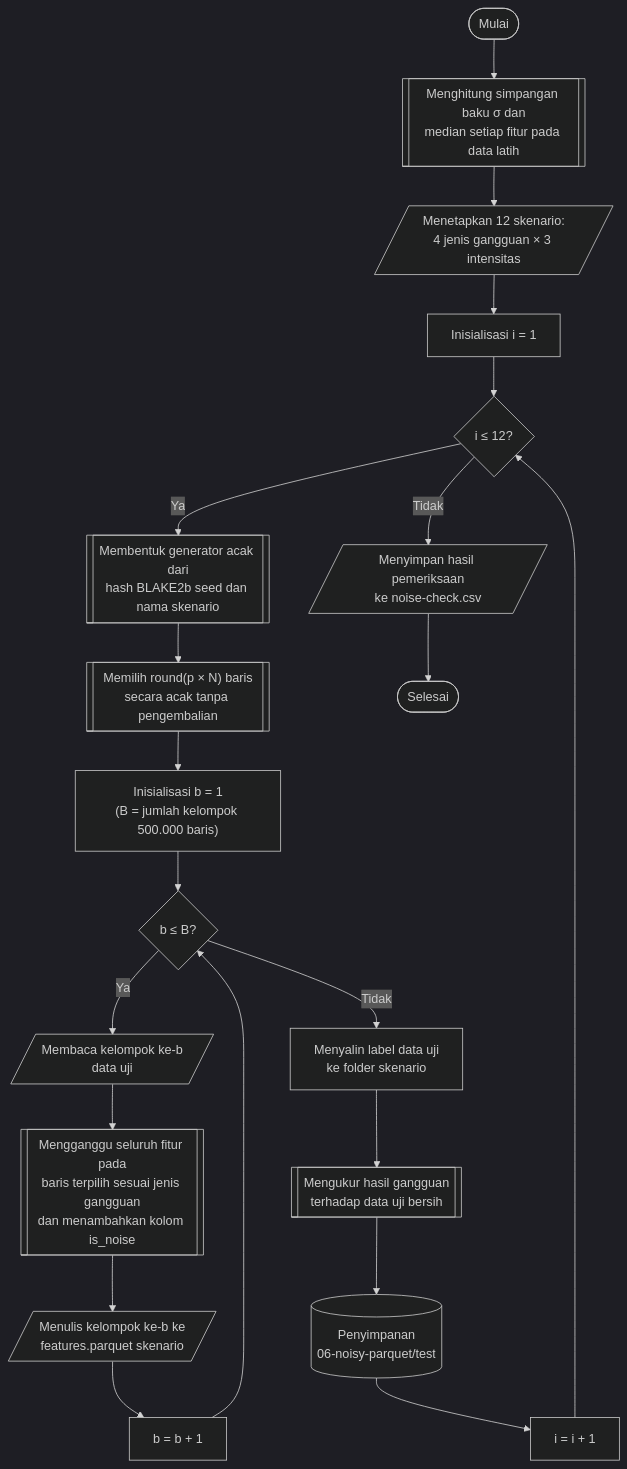
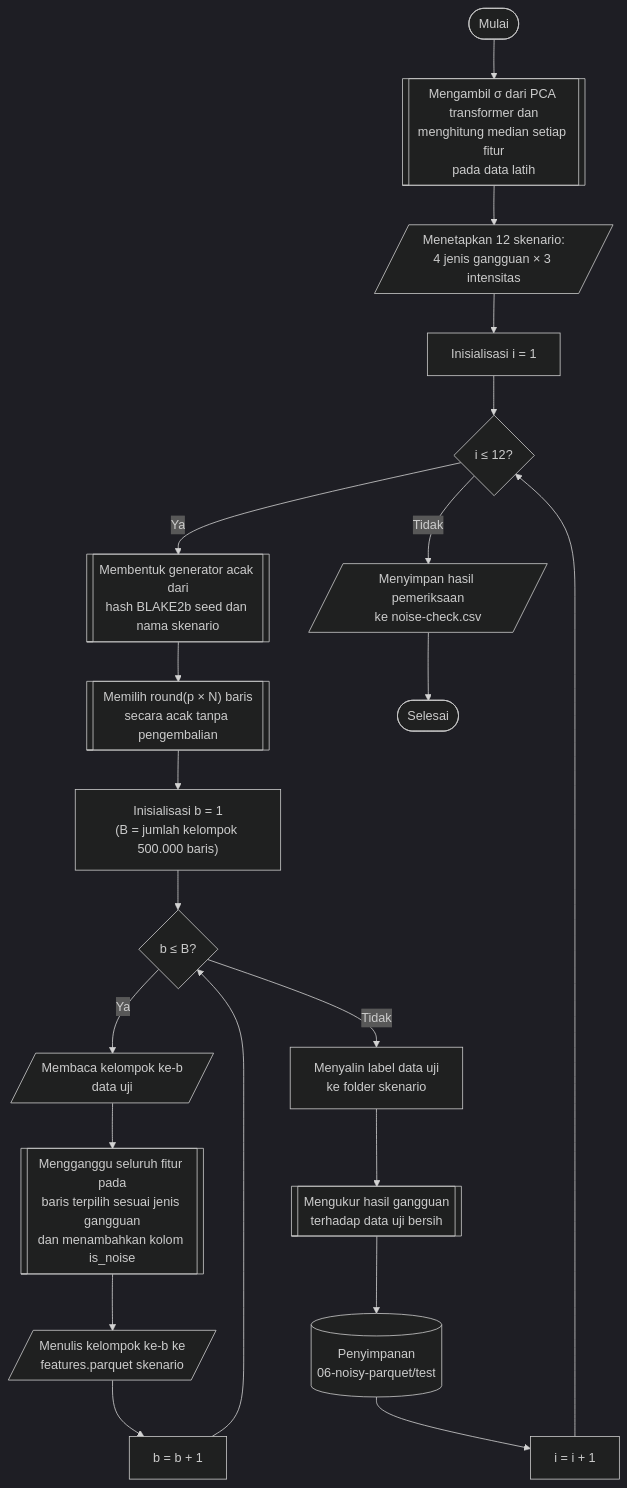
One commit to JoxNeis/mlids-robustness changed the diagram in thesis/04_bab_04/09_simulasi_injeksi_noise.md. Above: the diagram before and after it, drawn with Mermaid (dark theme). The commit also changed other lines of this file and 14 other files, not shown here.

````diff
--- a/thesis/04_bab_04/09_simulasi_injeksi_noise.md
+++ b/thesis/04_bab_04/09_simulasi_injeksi_noise.md
@@ -44,27 +44,27 @@
 ```mermaid
 flowchart TD
     mulai(["Mulai"])
-    mulai --> statistik[["Menghitung simpangan baku σ dan<br>median setiap fitur pada data latih"]]
+    mulai --> statistik[["Mengambil σ dari PCA transformer dan<br>menghitung median setiap fitur<br>pada data latih"]]
     statistik --> skenario[/"Menetapkan 12 skenario:<br>4 jenis gangguan × 3 intensitas"/]
     skenario --> init_i["Inisialisasi i = 1"]
     init_i --> cek_i{"i ≤ 12?"}
 
     cek_i -->|"Ya"| rng[["Membentuk generator acak dari<br>hash BLAKE2b seed dan nama skenario"]]
     rng --> pilih[["Memilih round(p × N) baris<br>secara acak tanpa pengembalian"]]
     pilih --> init_b["Inisialisasi b = 1<br>(B = jumlah kelompok 500.000 baris)"]
     init_b --> cek_b{"b ≤ B?"}
     cek_b -->|"Ya"| baca[/"Membaca kelompok ke-b<br>data uji"/]
     baca --> ganggu[["Mengganggu seluruh fitur pada<br>baris terpilih sesuai jenis gangguan<br>dan menambahkan kolom is_noise"]]
     ganggu --> tulis[/"Menulis kelompok ke-b ke<br>features.parquet skenario"/]
     tulis --> inc_b["b = b + 1"]
     inc_b --> cek_b
 
     cek_b -->|"Tidak"| salin["Menyalin label data uji<br>ke folder skenario"]
     salin --> ukur[["Mengukur hasil gangguan<br>terhadap data uji bersih"]]
     ukur --> simpan[("Penyimpanan<br>06-noisy-parquet/test")]
     simpan --> inc_i["i = i + 1"]
     inc_i --> cek_i
 
     cek_i -->|"Tidak"| laporan[/"Menyimpan hasil pemeriksaan<br>ke noise-check.csv"/]
     laporan --> selesai(["Selesai"])
 ```
````
